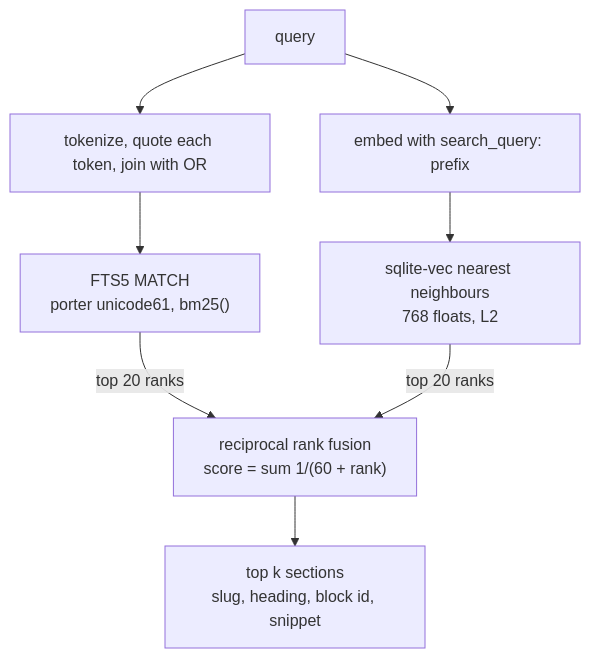
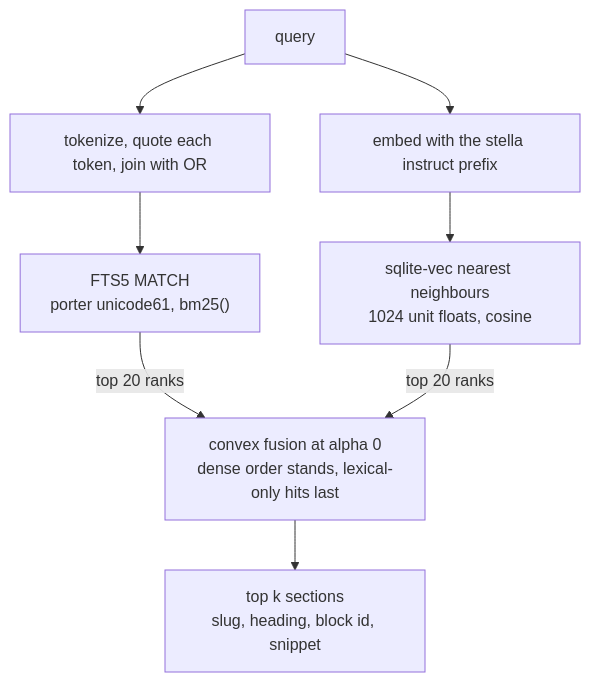
Before and after one commit to phbui/gestalt-core: the second of 3 diagrams in README.md, drawn with Mermaid. The commit also changed other lines of this file and 90 other files, not shown here.

````diff
--- a/README.md
+++ b/README.md
@@ -155,10 +196,10 @@
 ```mermaid
 flowchart TD
   Q["query"] --> T["tokenize, quote each token, join with OR"]
-  Q --> E["embed with search_query: prefix"]
+  Q --> E["embed with the stella instruct prefix"]
   T --> F["FTS5 MATCH<br/>porter unicode61, bm25()"]
-  E --> V["sqlite-vec nearest neighbours<br/>768 floats, L2"]
-  F -->|"top 20 ranks"| R["reciprocal rank fusion<br/>score = sum 1/(60 + rank)"]
+  E --> V["sqlite-vec nearest neighbours<br/>1024 unit floats, cosine"]
+  F -->|"top 20 ranks"| R["convex fusion at alpha 0<br/>dense order stands, lexical-only hits last"]
   V -->|"top 20 ranks"| R
   R --> O["top k sections<br/>slug, heading, block id, snippet"]
 ```
````
